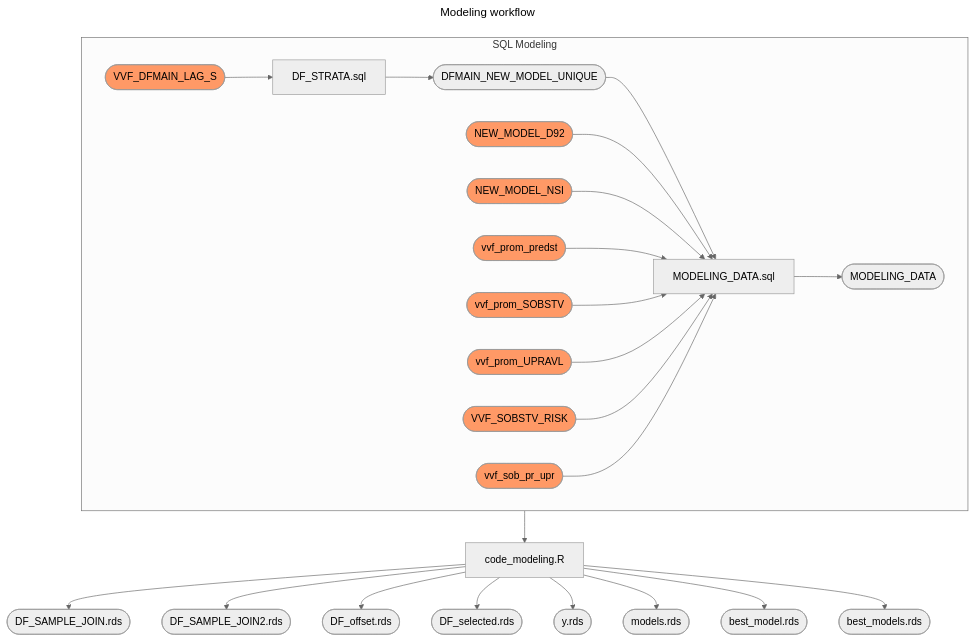
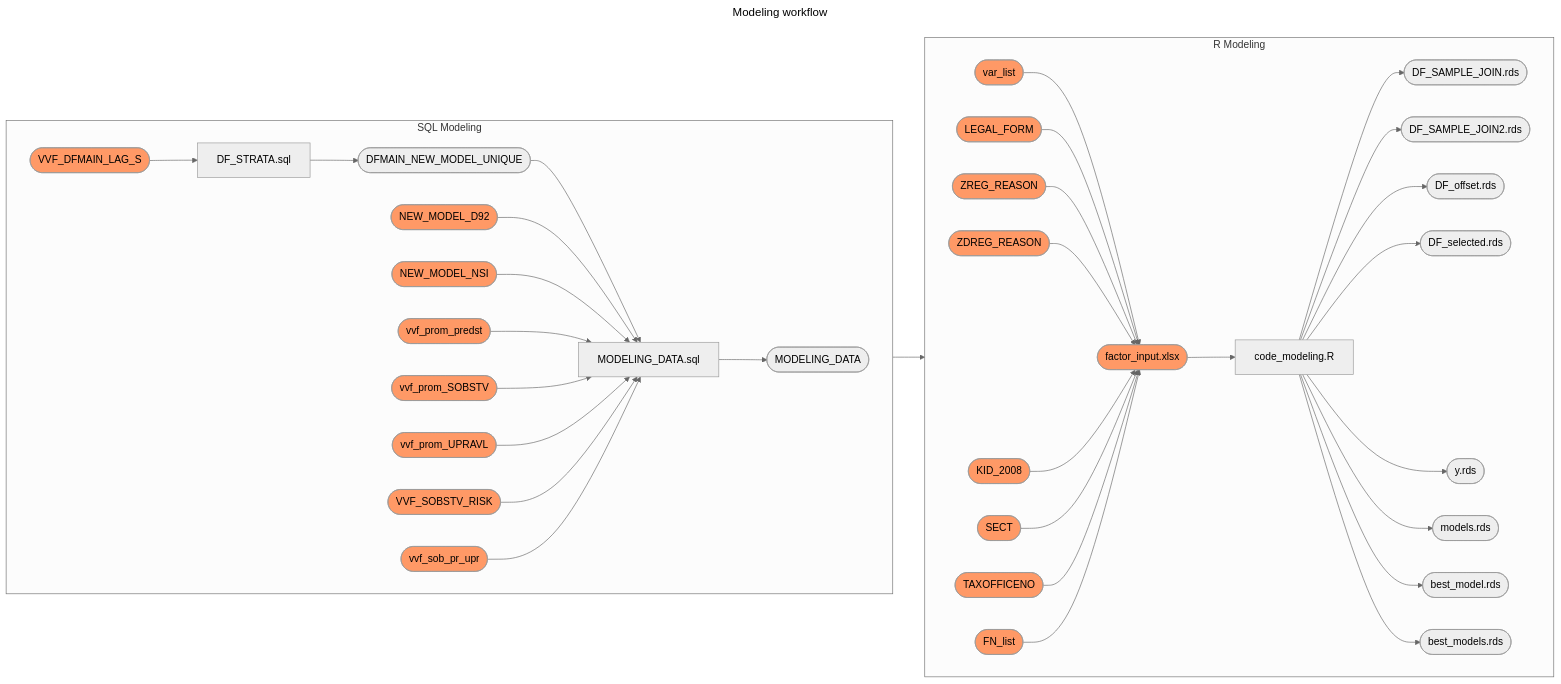
The diagram in user-manual.md (angel-marchev/case-cold-start-modeling), drawn with Mermaid (neutral theme) before and after one commit.

````diff
--- a/user-manual.md
+++ b/user-manual.md
@@ -1,38 +1,51 @@
 ```mermaid
 ---
 title: Modeling workflow
 ---
-flowchart TD;
-  subgraph sql_model["SQL Modeling"]
+flowchart LR;
+  subgraph sql_modeling["SQL Modeling"]
     direction LR
     input_data([VVF_DFMAIN_LAG_S])-->strata[DF_STRATA.sql];
     strata[DF_STRATA.sql]-->strata_table([DFMAIN_NEW_MODEL_UNIQUE]);
     strata_table([DFMAIN_NEW_MODEL_UNIQUE])-->modeling[MODELING_DATA.sql];
     dekl92([NEW_MODEL_D92])-->modeling[MODELING_DATA.sql];
     gfo([NEW_MODEL_NSI])-->modeling[MODELING_DATA.sql];
     flag_predst([vvf_prom_predst])-->modeling[MODELING_DATA.sql];
     flag_sobst([vvf_prom_SOBSTV])-->modeling[MODELING_DATA.sql];
     flag_uprav([vvf_prom_UPRAVL])-->modeling[MODELING_DATA.sql];
     flag_sobst_risk([VVF_SOBSTV_RISK])-->modeling[MODELING_DATA.sql];
     flag_promeni([vvf_sob_pr_upr])-->modeling[MODELING_DATA.sql];
     modeling[MODELING_DATA.sql]-->modeling_table([MODELING_DATA]);
     class input_data,dekl92,gfo,flag_predst,flag_sobst,flag_uprav,flag_sobst_risk,flag_promeni ToBePrapared;
     classDef ToBePrapared fill:#f96;  
    
   end
-
+  subgraph R_modeling["R Modeling"]
+    direction LR
     modeling_table([MODELING_DATA])-->r_model[code_modeling.R];
     r_model[code_modeling.R]-->output1([DF_SAMPLE_JOIN.rds]);
     r_model[code_modeling.R]-->output2([DF_SAMPLE_JOIN2.rds]);
     r_model[code_modeling.R]-->output3([DF_offset.rds]);
     r_model[code_modeling.R]-->output4([DF_selected.rds]);
     r_model[code_modeling.R]-->output5([y.rds]);
     r_model[code_modeling.R]-->output6([models.rds]);
     r_model[code_modeling.R]-->output7([best_model.rds]);
     r_model[code_modeling.R]-->output8([best_models.rds]);
-        
+
+    var_list([var_list])-->user_input_model([factor_input.xlsx]);
+    legal_form([LEGAL_FORM])-->user_input_model([factor_input.xlsx]);
+    zreg_reason([ZREG_REASON])-->user_input_model([factor_input.xlsx]);
+    zdreg_reason([ZDREG_REASON])-->user_input_model([factor_input.xlsx]);
+    kid_2008([KID_2008])-->user_input_model([factor_input.xlsx]);
+    sect([SECT])-->user_input_model([factor_input.xlsx]);
+    taxofficeno([TAXOFFICENO])-->user_input_model([factor_input.xlsx]);
+    fn_list([FN_list])-->user_input_model([factor_input.xlsx]);
+    user_input_model([factor_input.xlsx])-->r_model[code_modeling.R];
+    class var_list,legal_form,zreg_reason,zdreg_reason,kid_2008,sect,taxofficeno,fn_list,user_input_model ToBePrapared;
+    classDef ToBePrapared fill:#f96;  
+end
     
   
 
 
 ```
````
